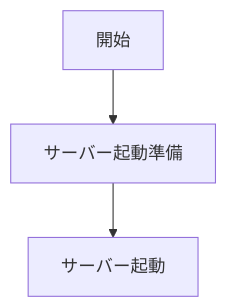
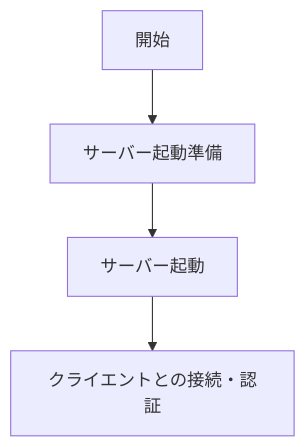
The first of 3 diagrams in flowchart_01_overview.md (sora-grayscale/ft_irc), drawn with Mermaid before and after one commit. The commit also changed other lines of this file, not shown here.

````diff
--- a/flowchart_01_overview.md
+++ b/flowchart_01_overview.md
@@ -3,5 +3,6 @@
 ```mermaid
 flowchart TD
     A[開始] --> B[サーバー起動準備]
     B --> C[サーバー起動]
+    C --> D[クライエントとの接続・認証]
 ```
````
